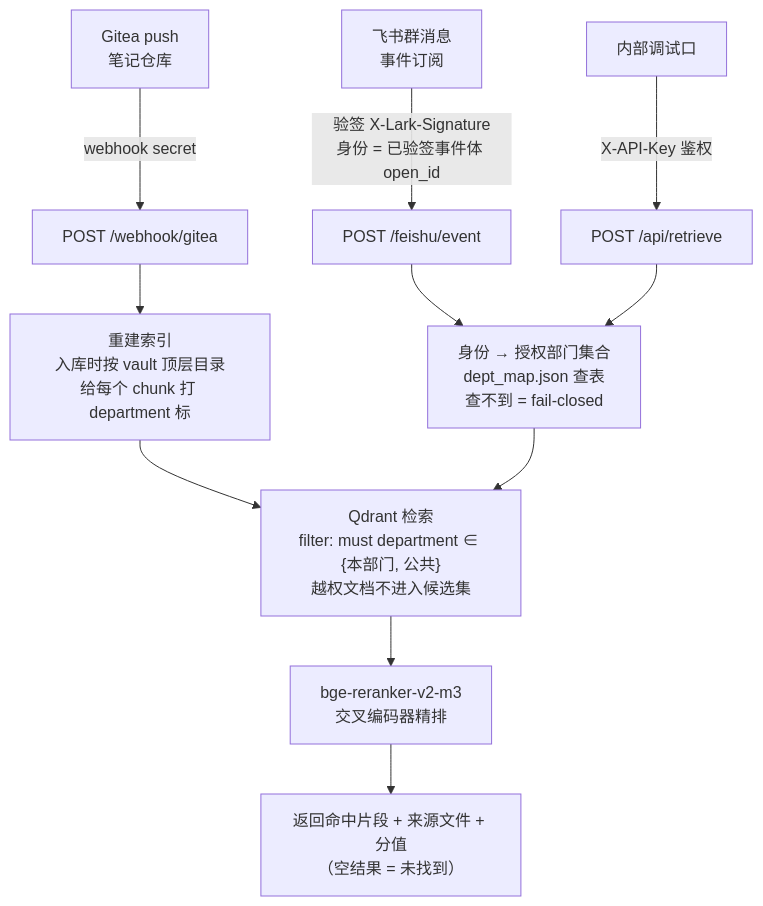
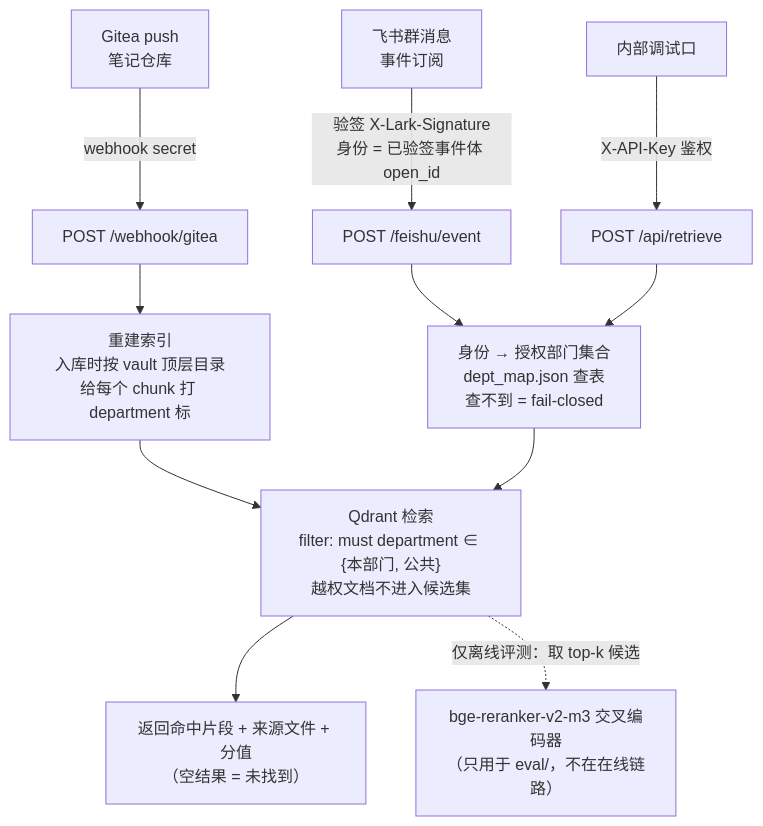
One commit to zxc16505/Knowledge-RAG changed the diagram in README.md. Above: the diagram before and after it, drawn with Mermaid. The commit also changed other lines of this file, not shown here.

Commit message:
README: 架构图把 bge-reranker 移出在线链路（仅 eval/ 离线对比），技术栈行「增量索引」改为 webhook 触发全量重建——两处描述与 app.py 实际行为对齐

````diff
--- a/README.md
+++ b/README.md
@@ -29,15 +29,15 @@
 ```mermaid
 flowchart TB
     FEISHU["飞书群消息<br/>事件订阅"] -->|"验签 X-Lark-Signature<br/>身份 = 已验签事件体 open_id"| EV["POST /feishu/event"]
     GITEA["Gitea push<br/>笔记仓库"] -->|"webhook secret"| WH["POST /webhook/gitea"]
     DEBUG["内部调试口"] -->|"X-API-Key 鉴权"| RT["POST /api/retrieve"]
 
     WH --> IDX["重建索引<br/>入库时按 vault 顶层目录<br/>给每个 chunk 打 department 标"]
     IDX --> QD
 
     EV --> AUTH["身份 → 授权部门集合<br/>dept_map.json 查表<br/>查不到 = fail-closed"]
     RT --> AUTH
     AUTH --> QD["Qdrant 检索<br/>filter: must department ∈ {本部门, 公共}<br/>越权文档不进入候选集"]
-    QD --> RK["bge-reranker-v2-m3<br/>交叉编码器精排"]
-    RK --> OUT["返回命中片段 + 来源文件 + 分值<br/>（空结果 = 未找到）"]
+    QD --> OUT["返回命中片段 + 来源文件 + 分值<br/>（空结果 = 未找到）"]
+    QD -.->|"仅离线评测：取 top-k 候选"| RK["bge-reranker-v2-m3 交叉编码器<br/>（只用于 eval/，不在在线链路）"]
 ```
````
